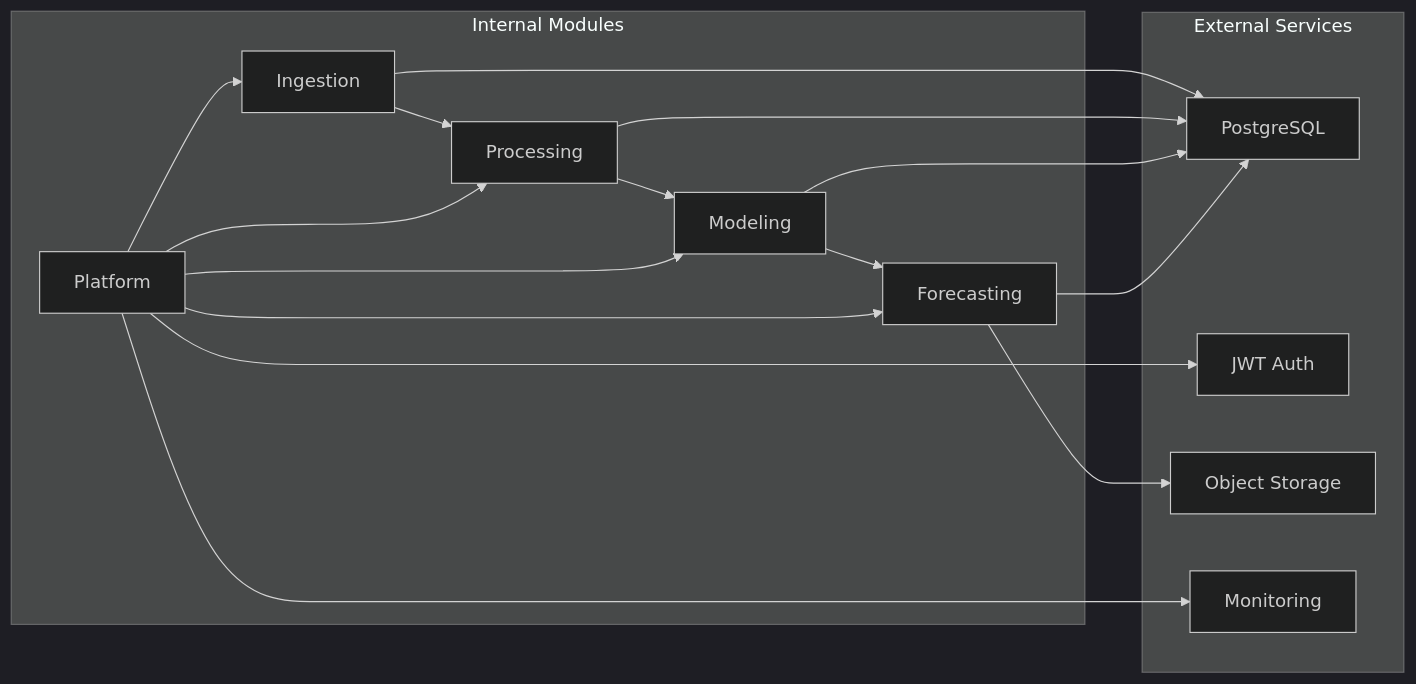
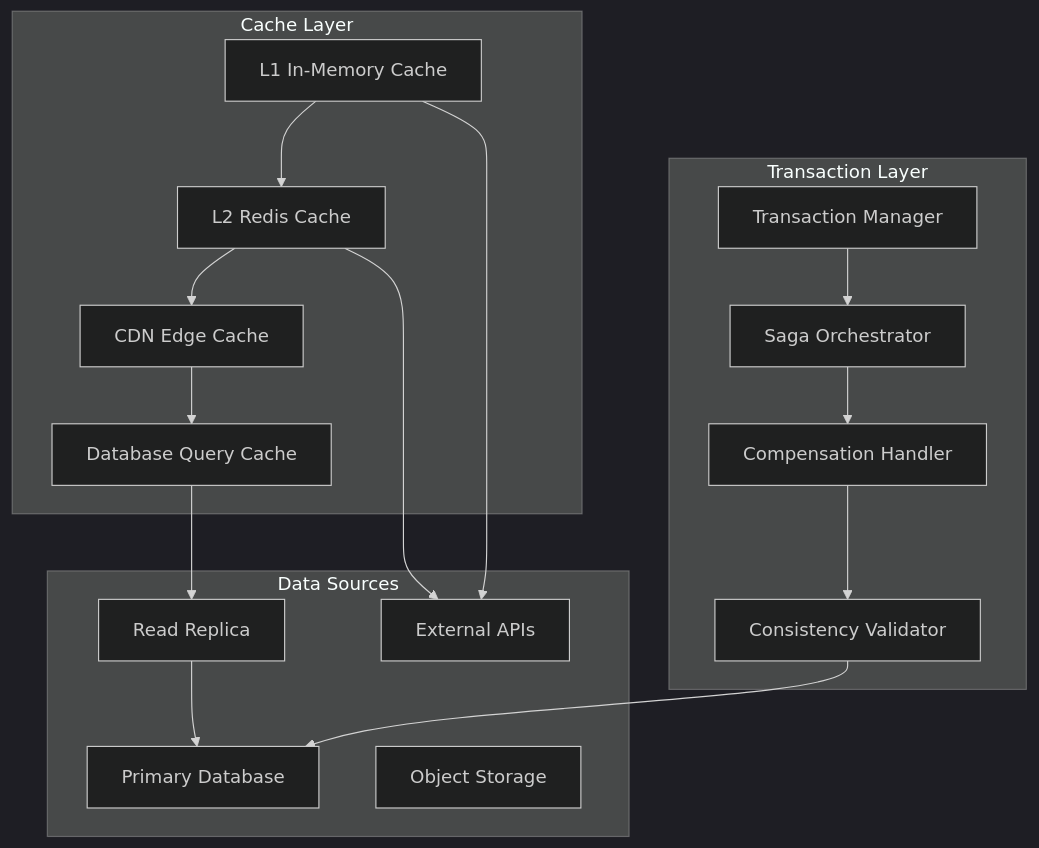
Diagram 15 of 16 in .qoder/repowiki/en/content/System Architecture & Domain Model.md (od3n/forecastiq), drawn with Mermaid (dark theme) before and after one commit. The commit also changed other lines of this file and 3 other files, not shown here.

````diff
--- a/.qoder/repowiki/en/content/System Architecture & Domain Model.md
+++ b/.qoder/repowiki/en/content/System Architecture & Domain Model.md
@@ -555,30 +1274,32 @@
 ```mermaid
-graph LR
-subgraph "Internal Modules"
-ING["Ingestion"]
-PROC["Processing"]
-MODEL["Modeling"]
-FORE["Forecasting"]
-PLAT["Platform"]
+graph TB
+subgraph "Transaction Layer"
+TX_MANAGER["Transaction Manager"]
+SAGA_ORCHESTRATOR["Saga Orchestrator"]
+COMPENSATION["Compensation Handler"]
+CONSISTENCY_CHECK["Consistency Validator"]
 end
-subgraph "External Services"
-DB["PostgreSQL"]
-AUTH["JWT Auth"]
-STORE["Object Storage"]
-MON["Monitoring"]
+subgraph "Cache Layer"
+L1_CACHE["L1 In-Memory Cache"]
+L2_CACHE["L2 Redis Cache"]
+CDN_CACHE["CDN Edge Cache"]
+DB_CACHE["Database Query Cache"]
 end
-ING --> PROC
-PROC --> MODEL
-MODEL --> FORE
-PLAT --> ING
-PLAT --> PROC
-PLAT --> MODEL
-PLAT --> FORE
-ING --> DB
-PROC --> DB
-MODEL --> DB
-FORE --> DB
-PLAT --> AUTH
-PLAT --> MON
-FORE --> STORE
+subgraph "Data Sources"
+PRIMARY_DB["Primary Database"]
+READ_REPLICA["Read Replica"]
+OBJECT_STORE["Object Storage"]
+EXTERNAL_API["External APIs"]
+end
+TX_MANAGER --> SAGA_ORCHESTRATOR
+SAGA_ORCHESTRATOR --> COMPENSATION
+COMPENSATION --> CONSISTENCY_CHECK
+CONSISTENCY_CHECK --> PRIMARY_DB
+L1_CACHE --> L2_CACHE
+L2_CACHE --> CDN_CACHE
+CDN_CACHE --> DB_CACHE
+DB_CACHE --> READ_REPLICA
+READ_REPLICA --> PRIMARY_DB
+L1_CACHE --> EXTERNAL_API
+L2_CACHE --> EXTERNAL_API
 ```
````
